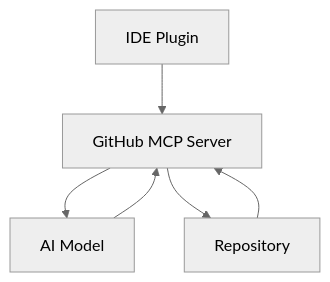
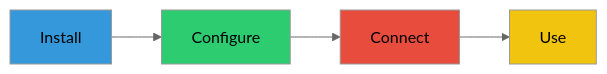
Before and after one commit to ManoharKonala/MCP-Server: the second of 2 diagrams in MCP-Servers-Overview.md, drawn with Mermaid (neutral theme). The commit also changed other lines of this file, not shown here.

````diff
--- a/MCP-Servers-Overview.md
+++ b/MCP-Servers-Overview.md
@@ -46,8 +303,10 @@
 ```mermaid
-graph TD
-    A[IDE Plugin] --> B[GitHub MCP Server]
-    B --> C[AI Model]
-    B --> D[Repository]
-    D --> B
-    C --> B
+graph LR
+    A[Install] --> B[Configure]
+    B --> C[Connect]
+    C --> D[Use]
+    style A fill:#3498db
+    style B fill:#2ecc71
+    style C fill:#e74c3c
+    style D fill:#f1c40f
 ```
````
